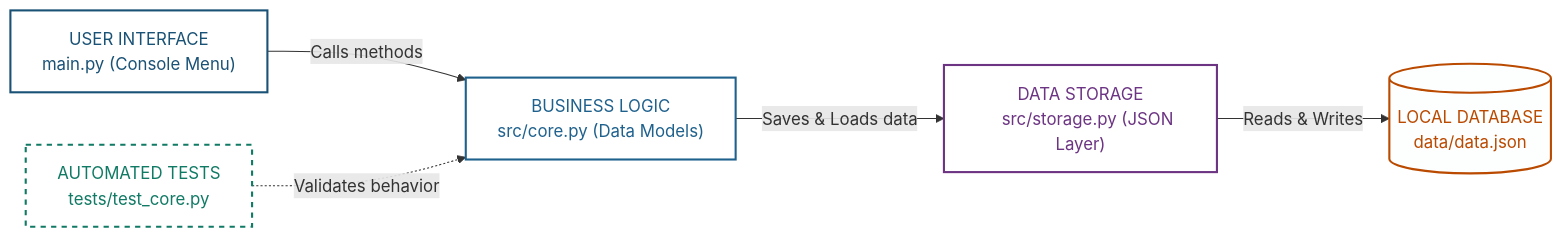
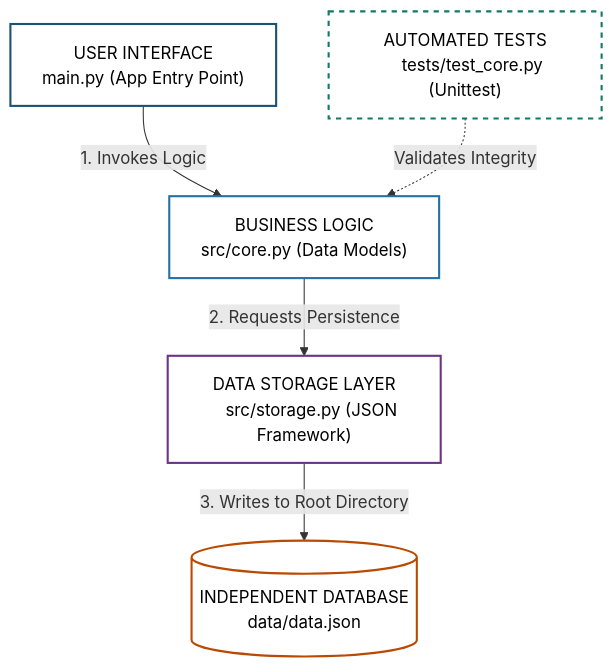
One commit to diway7/MusicManagementSystem.diway changed the second of 2 diagrams in README.md. Above: the diagram before and after it, drawn with Mermaid.

````diff
--- a/README.md
+++ b/README.md
@@ -93,31 +93,33 @@
 ```mermaid
-graph LR
-    %% Контрастные и строгие стили (Темный текст на светлом фоне)
-    classDef uiStyle fill:#FFFFFF,stroke:#1A5276,stroke-width:2px,color:#1A5276;
-    classDef logicStyle fill:#FFFFFF,stroke:#1F618D,stroke-width:2px,color:#1F618D;
-    classDef storageStyle fill:#FFFFFF,stroke:#6C3483,stroke-width:2px,color:#6C3483;
-    classDef testStyle fill:#FFFFFF,stroke:#117A65,stroke-width:2px,stroke-dasharray: 5 5,color:#117A65;
-    classDef dbStyle fill:#FDFEFE,stroke:#BA4A00,stroke-width:2px,color:#BA4A00;
+graph TD
+    %% Strict High-Contrast Styles (Black text on crisp white backgrounds)
+    classDef uiStyle fill:#FFFFFF,stroke:#1A5276,stroke-width:2px,color:#000000;
+    classDef logicStyle fill:#FFFFFF,stroke:#2471A3,stroke-width:2px,color:#000000;
+    classDef storageStyle fill:#FFFFFF,stroke:#6C3483,stroke-width:2px,color:#000000;
+    classDef testStyle fill:#FFFFFF,stroke:#117A65,stroke-width:2px,stroke-dasharray: 5 5,color:#000000;
+    classDef dbStyle fill:#FFFFFF,stroke:#BA4A00,stroke-width:2px,color:#000000;
 
-    %% Узлы с принудительным переносом строк через ковычки
+    %% Root Level Portals
     UI["USER INTERFACE
-    main.py (Console Menu)"]:::uiStyle
+    main.py (App Entry Point)"]:::uiStyle
 
+    %% Isolated System Packages (src/ and tests/)
     Logic["BUSINESS LOGIC
     src/core.py (Data Models)"]:::logicStyle
 
-    Storage["DATA STORAGE
-    src/storage.py (JSON Layer)"]:::storageStyle
+    Storage["DATA STORAGE LAYER
+    src/storage.py (JSON Framework)"]:::storageStyle
 
     Tests["AUTOMATED TESTS
-    tests/test_core.py"]:::testStyle
+    tests/test_core.py (Unittest)"]:::testStyle
 
-    JSON[("LOCAL DATABASE
+    %% Database Directory (data/)
+    JSON[("INDEPENDENT DATABASE
     data/data.json")]:::dbStyle
 
-    %% Пути движения данных
-    UI -->|Calls methods| Logic
-    Logic -->|Saves & Loads data| Storage
-    Storage -->|Reads & Writes| JSON
-    Tests -.->|Validates behavior| Logic
+    %% Explicit Execution Flow & Architecture Constraints
+    UI -->|1. Invokes Logic| Logic
+    Logic -->|2. Requests Persistence| Storage
+    Storage -->|3. Writes to Root Directory| JSON
+    Tests -.->|Validates Integrity| Logic
 ```
````
